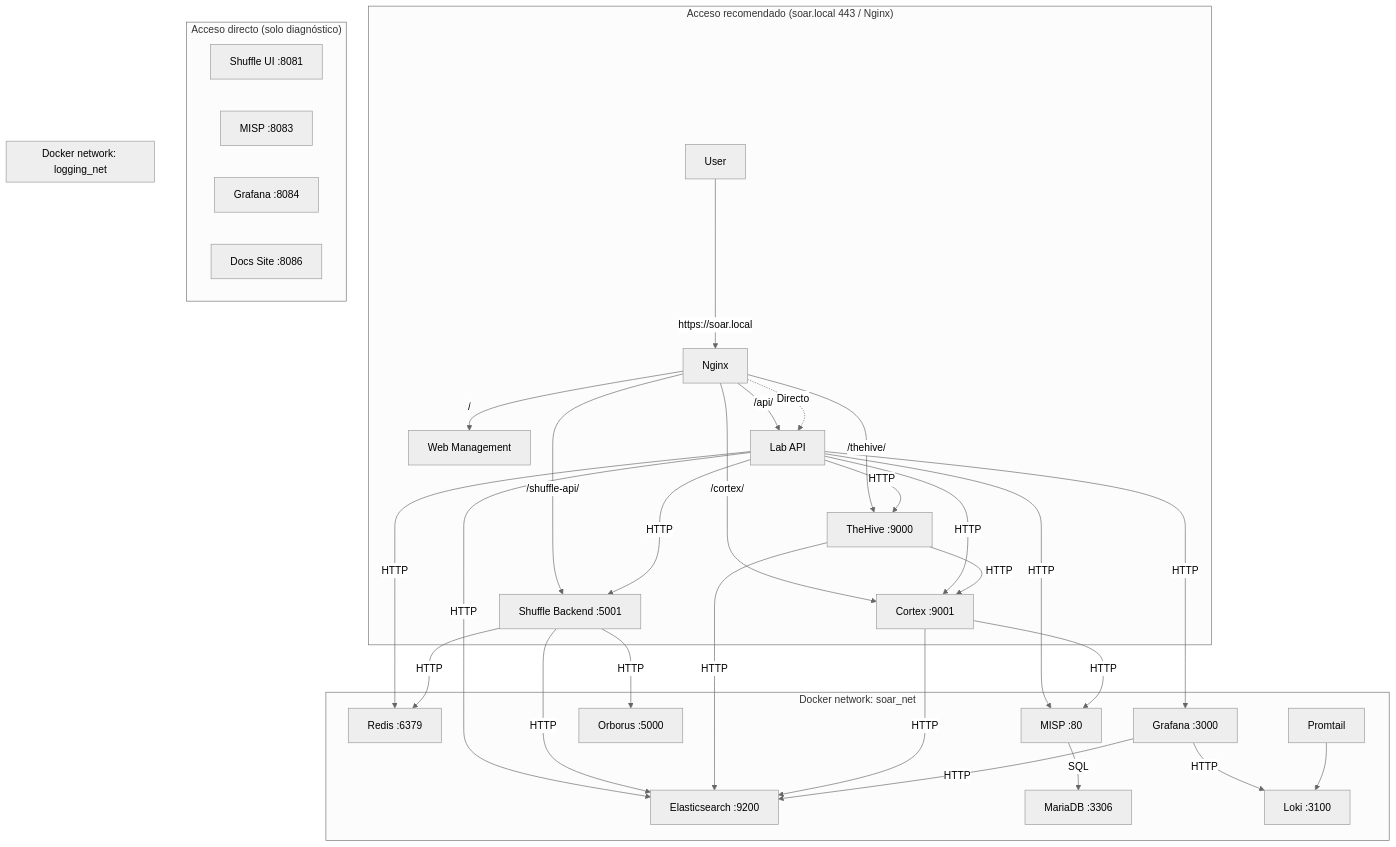
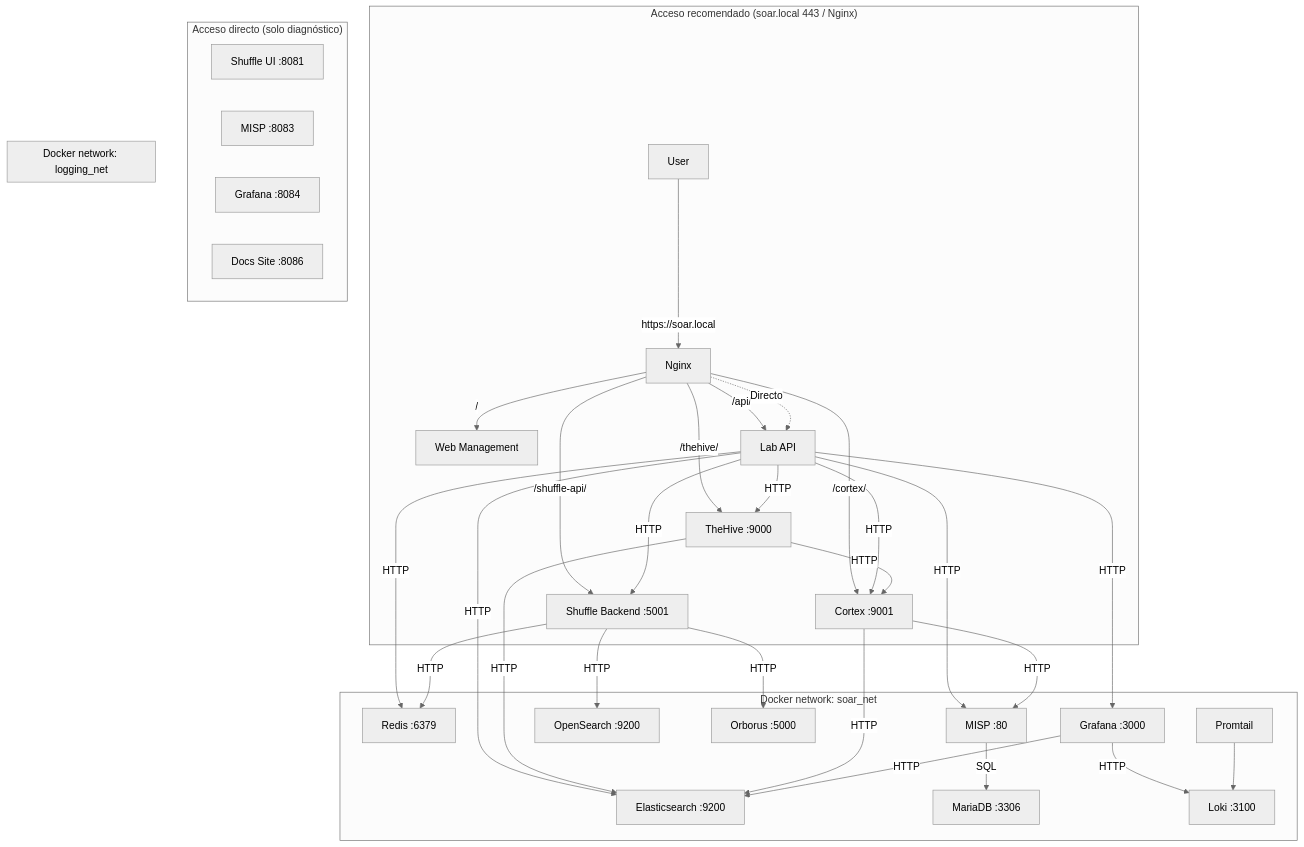
The first of 22 diagrams in docs/02-architecture.md (alesanfe/soar-ransomware-lab), drawn with Mermaid (neutral theme) before and after one commit. The commit also changed other lines of this file and 3 other files, not shown here.

````diff
--- a/docs/02-architecture.md
+++ b/docs/02-architecture.md
@@ -129,53 +127,53 @@
 ```mermaid
 graph TD
  subgraph "Acceso recomendado (soar.local 443 / Nginx)"
  User -->|https://soar.local| Nginx
  Nginx -->|/| WebMgmt[Web Management]
  Nginx -->|/api/| LabAPI[Lab API]
  Nginx -->|/thehive/| TheHive
  Nginx -->|/cortex/| Cortex
  Nginx -->|/shuffle-api/| ShuffleBackend
  end
 
  subgraph "Acceso directo (solo diagnóstico)"
  ShuffleUI[Shuffle UI :8081]
  MISP[MISP :8083]
  Grafana[Grafana :8084]
  DocsSite[Docs Site :8086]
  end
 
  subgraph "Docker network: soar_net"
  LabAPI -- HTTP --> ShuffleBackend[Shuffle Backend :5001]
  LabAPI -- HTTP --> TheHive[TheHive :9000]
  LabAPI -- HTTP --> Cortex[Cortex :9001]
  LabAPI -- HTTP --> ES[Elasticsearch :9200]
  LabAPI -- HTTP --> Redis[Redis :6379]
  LabAPI -- HTTP --> MISPInternal[MISP :80]
  LabAPI -- HTTP --> GrafanaInternal[Grafana :3000]
 
- ShuffleBackend -- HTTP --> ES
+ ShuffleBackend -- HTTP --> OS[OpenSearch :9200]
  ShuffleBackend -- HTTP --> Redis
  ShuffleBackend -- HTTP --> Orborus[Orborus :5000]
 
  TheHive -- HTTP --> ES
  TheHive -- HTTP --> Cortex
 
  Cortex -- HTTP --> ES
  Cortex -- HTTP --> MISPInternal
 
 
  MISPInternal -- SQL --> MariaDB[MariaDB :3306]
 
  GrafanaInternal -- HTTP --> ES
  GrafanaInternal -- HTTP --> Loki[Loki :3100]
  Promtail[Promtail] --> Loki
  end
 
  subgraph "Docker network: logging_net"
  Promtail
  Loki
  GrafanaInternal
  end
 
  Nginx -. Directo .-> LabAPI
 ```
````
